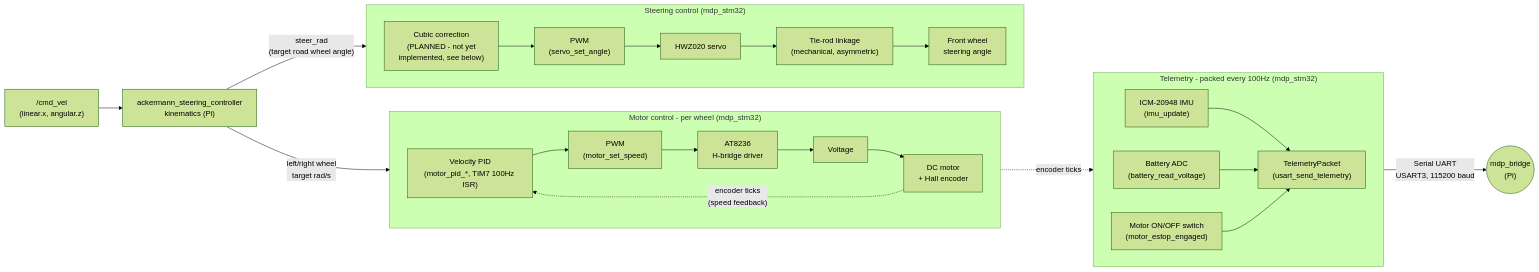
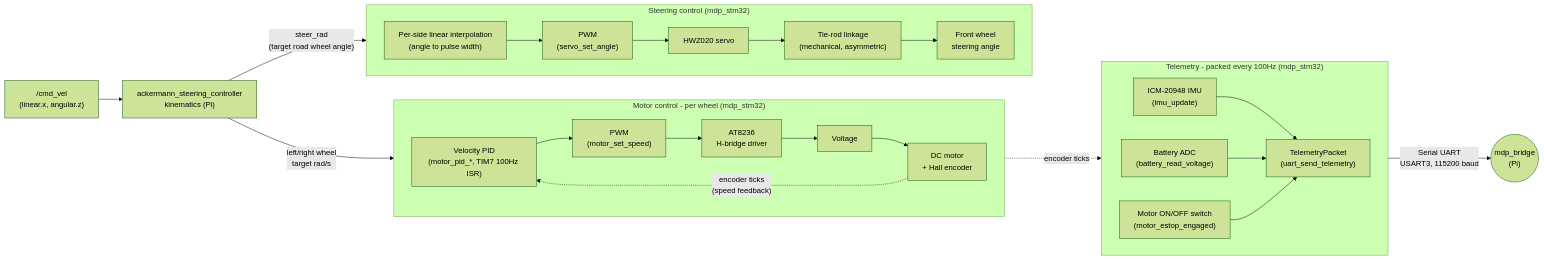
Before and after one commit to Alvin0523/mdp: the second of 2 diagrams in docs/stm32/index.md, drawn with Mermaid (forest theme). The commit also changed other lines of this file and 4 other files, not shown here.

````diff
--- a/docs/stm32/index.md
+++ b/docs/stm32/index.md
@@ -105,35 +102,35 @@
 ```mermaid
 flowchart LR
     CMD["/cmd_vel<br/>(linear.x, angular.z)"] --> KIN["ackermann_steering_controller<br/>kinematics (Pi)"]
 
     KIN -->|"left/right wheel<br/>target rad/s"| MPID
-    KIN -->|"steer_rad<br/>(target road wheel angle)"| SCUBIC
+    KIN -->|"steer_rad<br/>(target road wheel angle)"| SMAP
 
     subgraph MOTOR["Motor control - per wheel (mdp_stm32)"]
         direction LR
         MPID["Velocity PID<br/>(motor_pid_*, TIM7 100Hz ISR)"] --> MPWM["PWM<br/>(motor_set_speed)"]
         MPWM --> MDRV["AT8236<br/>H-bridge driver"]
         MDRV --> MVOLT["Voltage"]
         MVOLT --> MMOTOR["DC motor<br/>+ Hall encoder"]
         MMOTOR -.->|"encoder ticks<br/>(speed feedback)"| MPID
     end
 
     subgraph SERVO["Steering control (mdp_stm32)"]
         direction LR
-        SCUBIC["Cubic correction<br/>(PLANNED - not yet<br/>implemented, see below)"] --> SPWM["PWM<br/>(servo_set_angle)"]
+        SMAP["Per-side linear interpolation<br/>(angle to pulse width)"] --> SPWM["PWM<br/>(servo_set_angle)"]
         SPWM --> SHW["HWZ020 servo"]
         SHW --> SLINK["Tie-rod linkage<br/>(mechanical, asymmetric)"]
         SLINK --> SANGLE["Front wheel<br/>steering angle"]
     end
 
     subgraph TELEM["Telemetry - packed every 100Hz (mdp_stm32)"]
         direction LR
         IMUSENS["ICM-20948 IMU<br/>(imu_update)"] --> TPKT
         BATT["Battery ADC<br/>(battery_read_voltage)"] --> TPKT
         SW["Motor ON/OFF switch<br/>(motor_estop_engaged)"] --> TPKT
-        TPKT["TelemetryPacket<br/>(usart_send_telemetry)"]
+        TPKT["TelemetryPacket<br/>(uart_send_telemetry)"]
     end
 
     MMOTOR -.->|"encoder ticks"| TPKT
     TPKT -->|"Serial UART<br/>USART3, 115200 baud"| HOST(("mdp_bridge<br/>(Pi)"))
 ```
````
